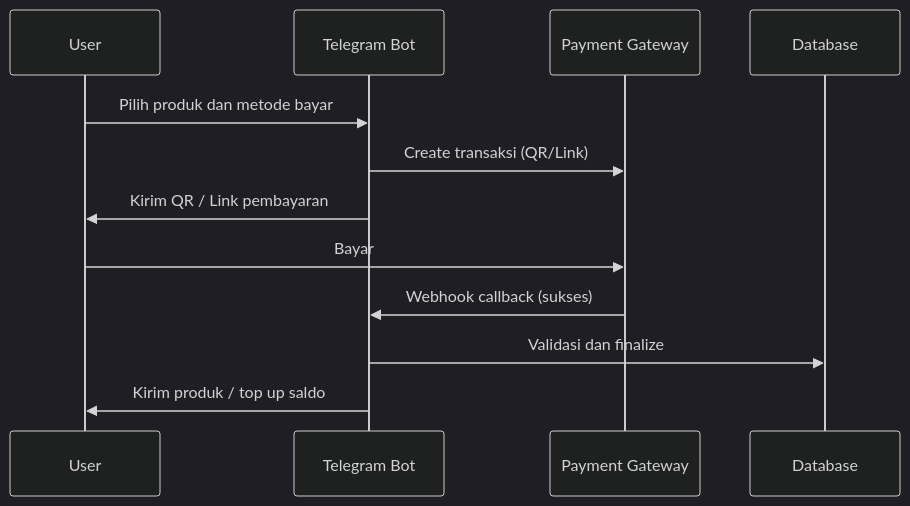
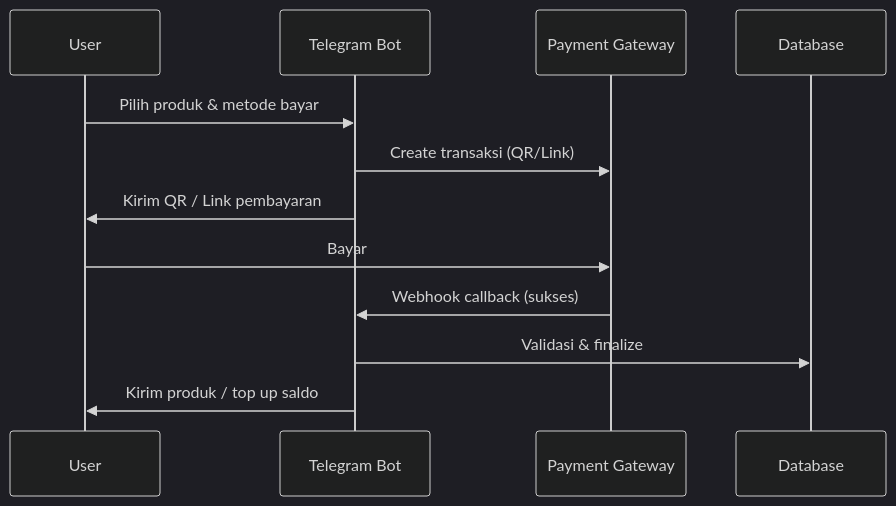
Before and after one commit to jundy779/Auto_Order_BOT: the second of 2 diagrams in README.md, drawn with Mermaid (dark theme). The commit also changed other lines of this file, not shown here.

````diff
--- a/README.md
+++ b/README.md
@@ -218,15 +219,15 @@
 ```mermaid
 sequenceDiagram
     participant U as User
     participant B as Telegram Bot
     participant PG as Payment Gateway
     participant DB as Database
 
-    U->>B: Pilih produk dan metode bayar
+    U->>B: Pilih produk & metode bayar
     B->>PG: Create transaksi (QR/Link)
     B->>U: Kirim QR / Link pembayaran
     U->>PG: Bayar
     PG->>B: Webhook callback (sukses)
-    B->>DB: Validasi dan finalize
+    B->>DB: Validasi & finalize
     B->>U: Kirim produk / top up saldo
 ```
````
